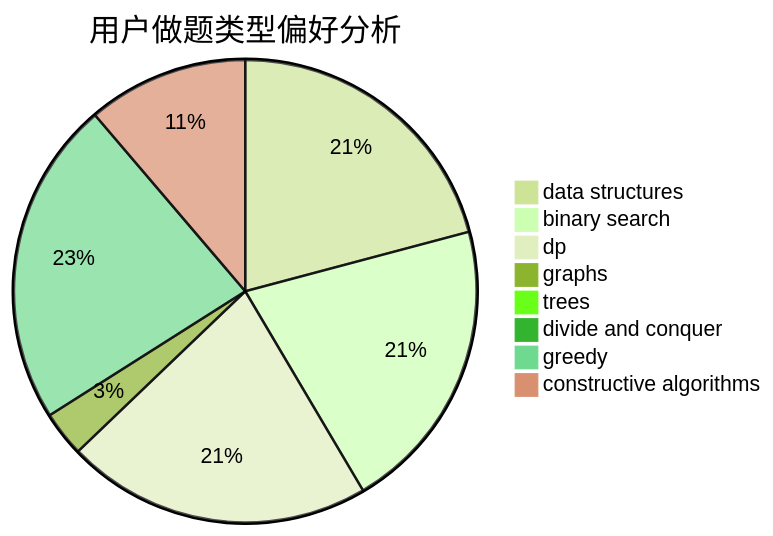
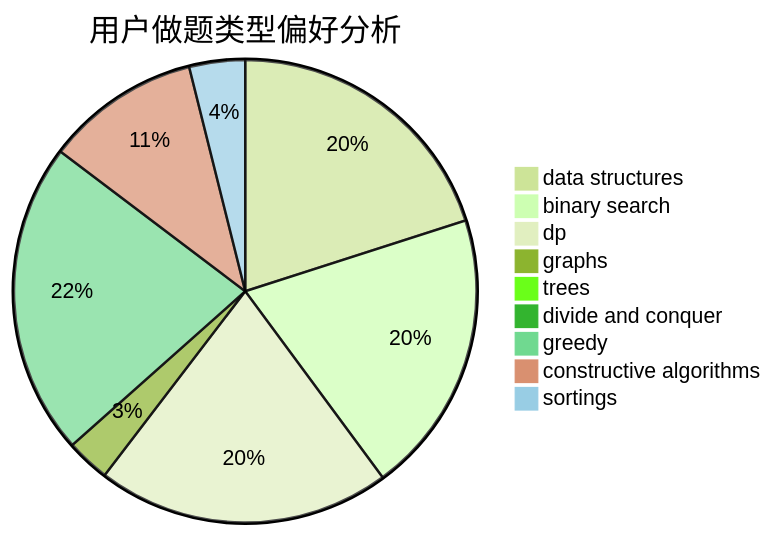
Before and after one commit to sherpahu/cfrs.github.io: the second of 3 diagrams in docs/user/u282.md, drawn with Mermaid (forest theme). The commit also changed other lines of this file and 2769 other files, not shown here.

````diff
--- a/docs/user/u282.md
+++ b/docs/user/u282.md
@@ -23,11 +18,12 @@
 ```mermaid
 pie title 用户做题类型偏好分析
     "data structures" :  442
     "binary search" :  437
     "dp" :  452
     "graphs" :  67
     "trees" :  4
     "divide and conquer" :  0
     "greedy" :  482
     "constructive algorithms" :  238
+    "sortings" :  86
 ```
````
